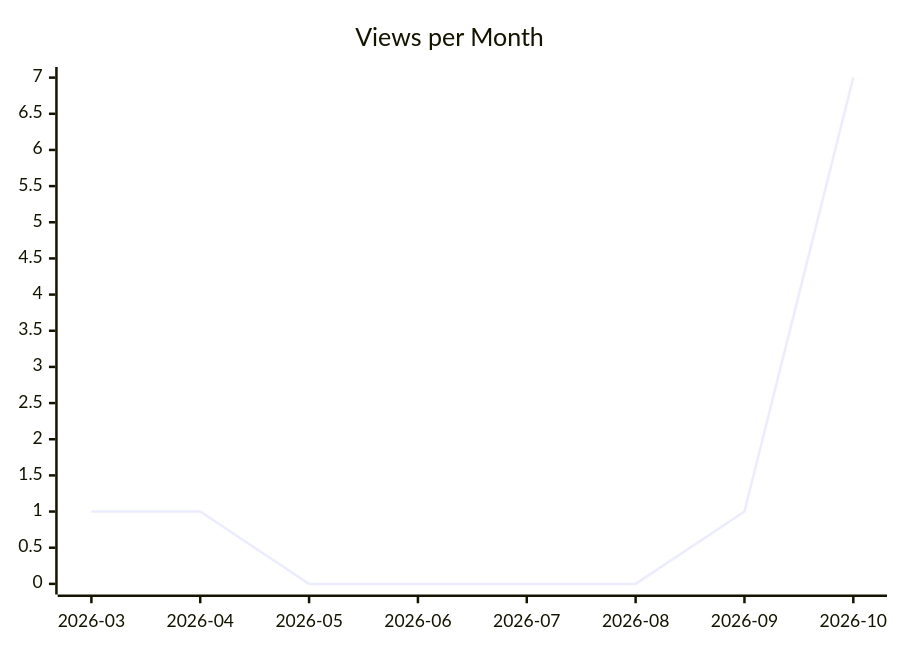
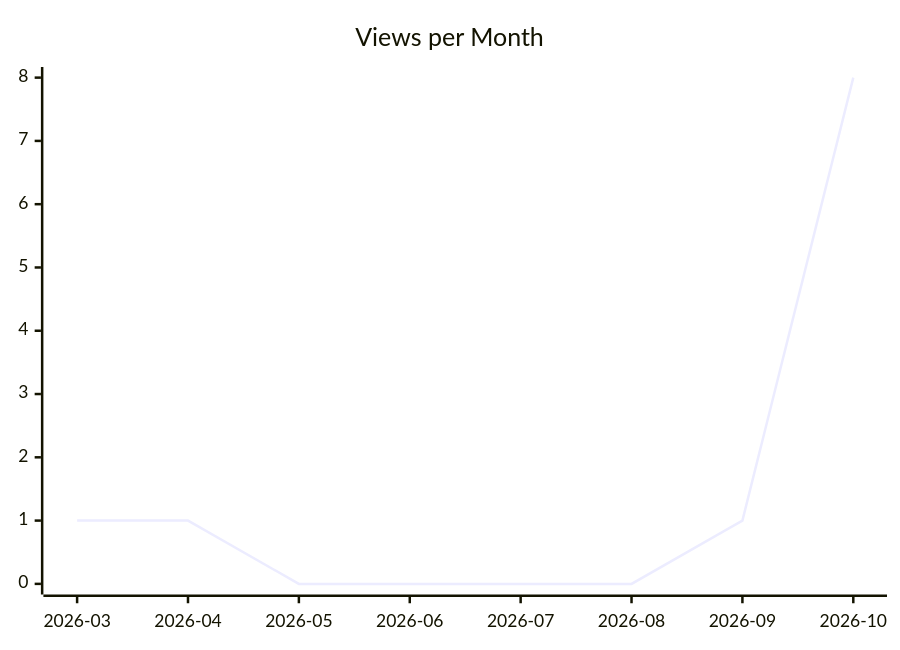
The second of 3 diagrams in karlmdavis/todoist-ai/README.md (justdavis-family/github-analytics-data), drawn with Mermaid before and after one commit. The commit also changed other lines of this file and 201 other files, not shown here.

````diff
--- a/karlmdavis/todoist-ai/README.md
+++ b/karlmdavis/todoist-ai/README.md
@@ -12,6 +12,6 @@
 ```mermaid
 xychart-beta
   title "Views per Month"
   x-axis ["2026-03", "2026-04", "2026-05", "2026-06", "2026-07", "2026-08", "2026-09", "2026-10"]
-  line [1, 1, 0, 0, 0, 0, 1, 7]
+  line [1, 1, 0, 0, 0, 0, 1, 8]
 ```
````
